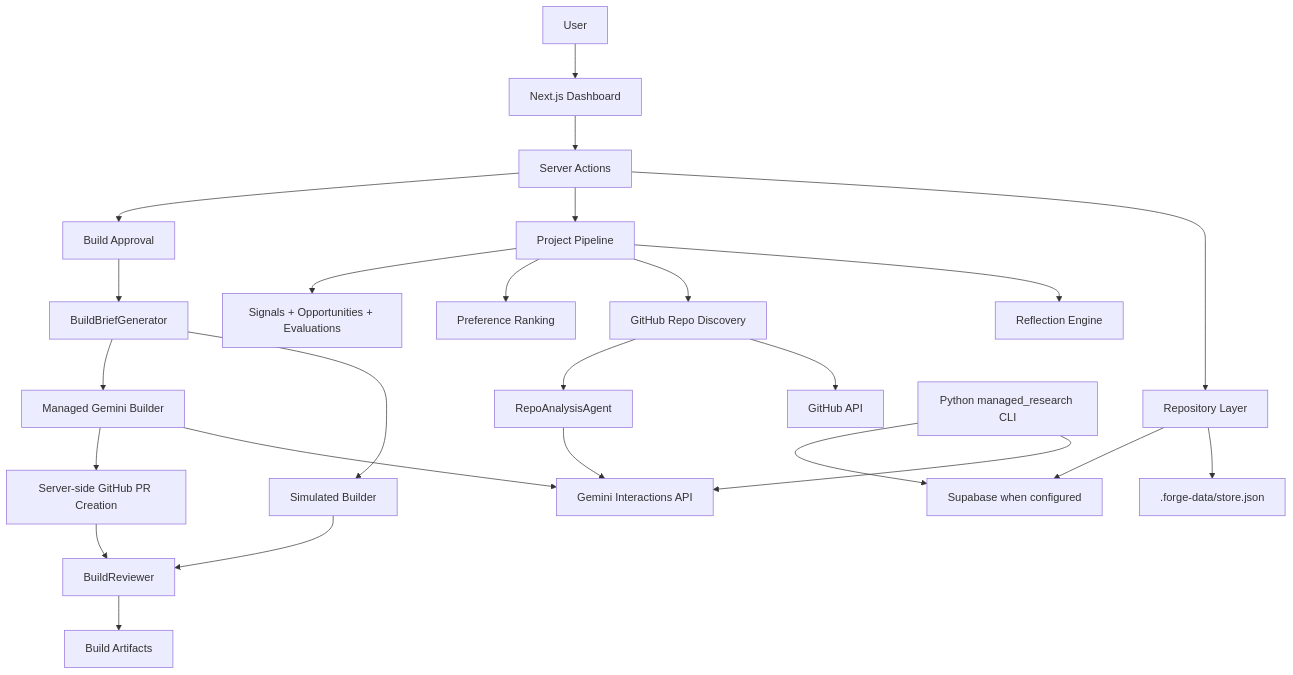
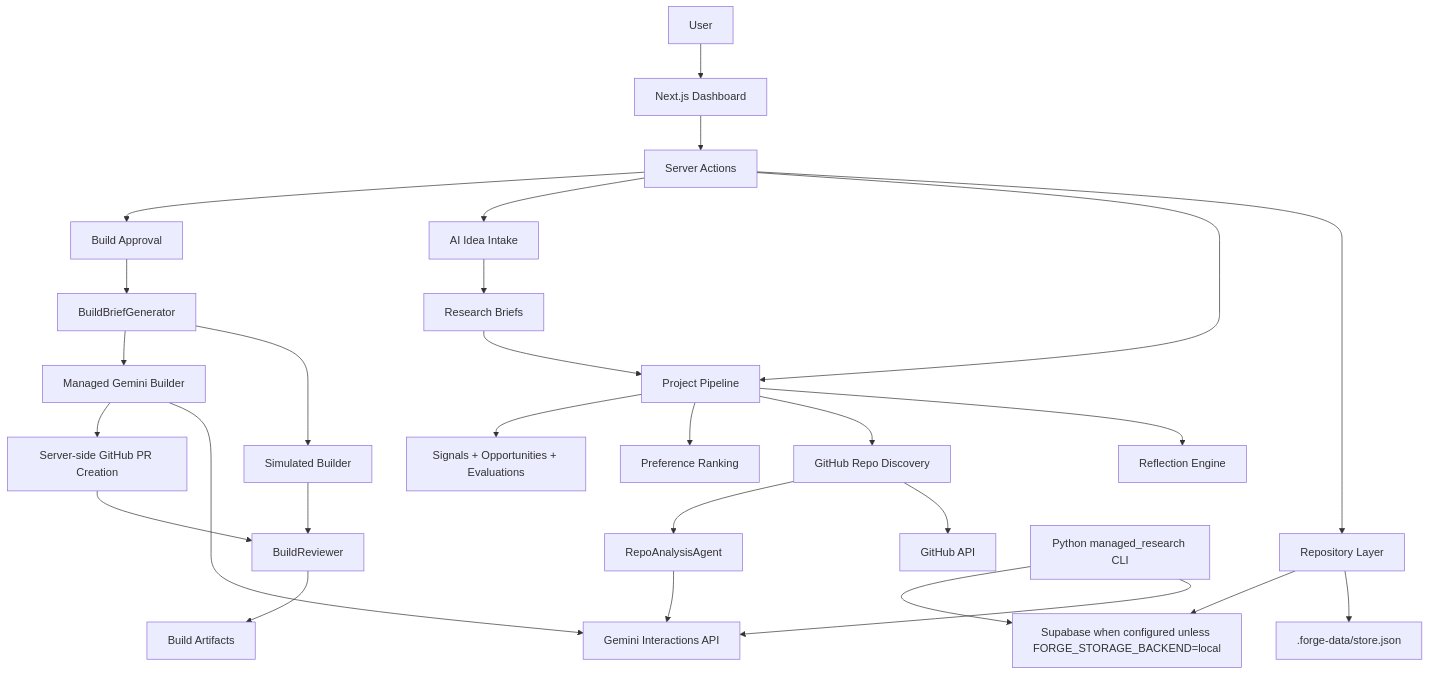
Before and after one commit to nadavital/Forge: the first of 2 diagrams in docs/ARCHITECTURE.md, drawn with Mermaid. The commit also changed other lines of this file and 160 other files, not shown here.

````diff
--- a/docs/ARCHITECTURE.md
+++ b/docs/ARCHITECTURE.md
@@ -14,30 +14,33 @@
 ```mermaid
 flowchart TB
     User["User"] --> Dashboard["Next.js Dashboard"]
     Dashboard --> Actions["Server Actions"]
     Actions --> RepoLayer["Repository Layer"]
     RepoLayer --> LocalStore[".forge-data/store.json"]
-    RepoLayer --> Supabase["Supabase when configured"]
+    RepoLayer --> Supabase["Supabase when configured unless FORGE_STORAGE_BACKEND=local"]
 
     Actions --> Pipeline["Project Pipeline"]
+    Actions --> IdeaIntake["AI Idea Intake"]
+    IdeaIntake --> Briefs["Research Briefs"]
+    Briefs --> Pipeline
     Pipeline --> Reflection["Reflection Engine"]
     Pipeline --> GitHubDiscovery["GitHub Repo Discovery"]
     GitHubDiscovery --> GitHubAPI["GitHub API"]
     GitHubDiscovery --> RepoAgent["RepoAnalysisAgent"]
     RepoAgent --> GeminiInteractions["Gemini Interactions API"]
     Pipeline --> PreferenceRanking["Preference Ranking"]
     Pipeline --> Records["Signals + Opportunities + Evaluations"]
 
     Actions --> BuildQueue["Build Approval"]
     BuildQueue --> BuildBrief["BuildBriefGenerator"]
     BuildBrief --> SimBuilder["Simulated Builder"]
     BuildBrief --> ManagedBuilder["Managed Gemini Builder"]
     ManagedBuilder --> GeminiInteractions
     ManagedBuilder --> GitHubPR["Server-side GitHub PR Creation"]
     SimBuilder --> BuildReviewer["BuildReviewer"]
     GitHubPR --> BuildReviewer
     BuildReviewer --> Artifacts["Build Artifacts"]
 
     ResearchCLI["Python managed_research CLI"] --> GeminiInteractions
     ResearchCLI --> Supabase
 ```
````
